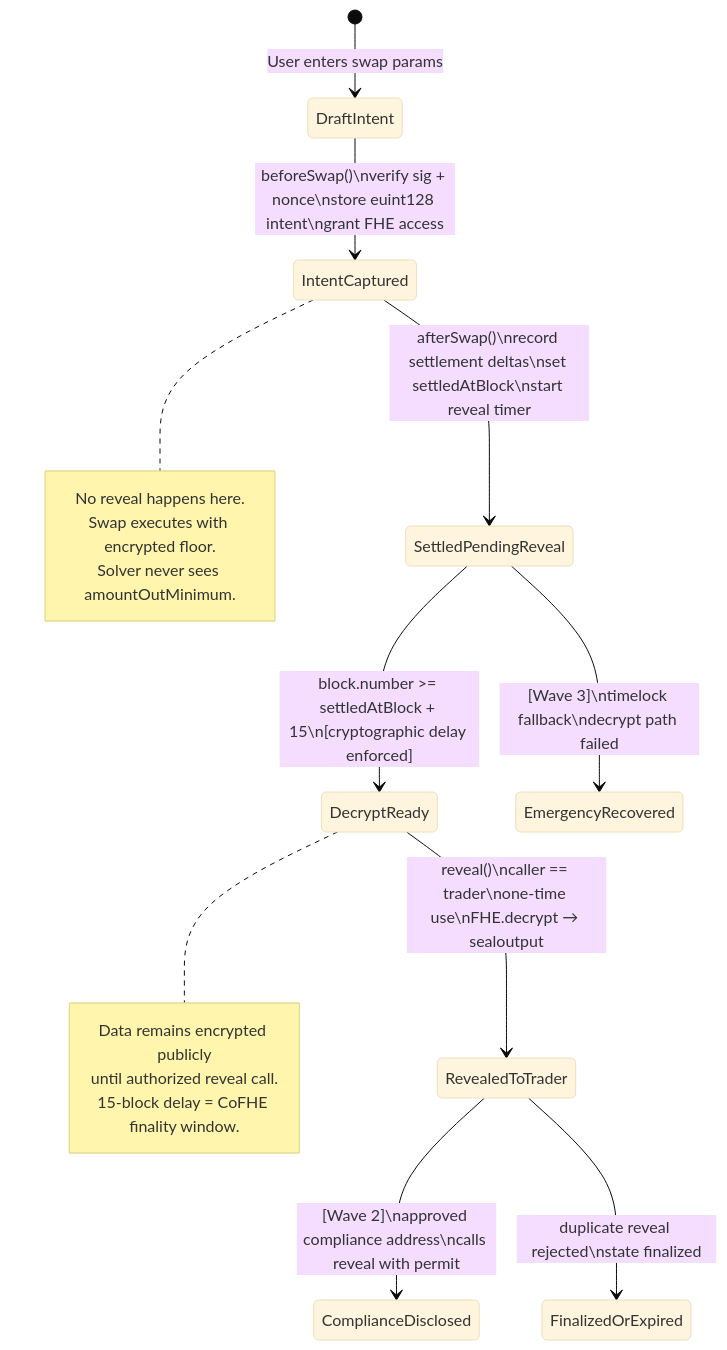
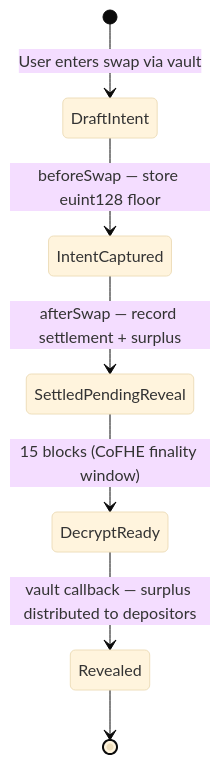
Before and after one commit to anxbt/GhostSwap: the fourth of 5 diagrams in README.md, drawn with Mermaid (base theme). The commit also changed other lines of this file and 28 other files, not shown here.

````diff
--- a/README.md
+++ b/README.md
@@ -148,30 +217,9 @@
 ```mermaid
 stateDiagram-v2
-    [*] --> DraftIntent : User enters swap params
-
-    DraftIntent --> IntentCaptured : beforeSwap()\nverify sig + nonce\nstore euint128 intent\ngrant FHE access
-
-    IntentCaptured --> SettledPendingReveal : afterSwap()\nrecord settlement deltas\nset settledAtBlock\nstart reveal timer
-
-    SettledPendingReveal --> DecryptReady : block.number >= settledAtBlock + 15\n[cryptographic delay enforced]
-
-    DecryptReady --> RevealedToTrader : reveal()\ncaller == trader\none-time use\nFHE.decrypt → sealoutput
-
-    RevealedToTrader --> ComplianceDisclosed : [Wave 2]\napproved compliance address\ncalls reveal with permit
-
-    RevealedToTrader --> FinalizedOrExpired : duplicate reveal rejected\nstate finalized
-
-    SettledPendingReveal --> EmergencyRecovered : [Wave 3]\ntimelock fallback\ndecrypt path failed
-
-    note right of IntentCaptured
-        No reveal happens here.
-        Swap executes with encrypted floor.
-        Solver never sees amountOutMinimum.
-    end note
-
-    note right of DecryptReady
-        Data remains encrypted publicly
-        until authorized reveal call.
-        15-block delay = CoFHE finality window.
-    end note
+    [*] --> DraftIntent: User enters swap via vault
+    DraftIntent --> IntentCaptured: beforeSwap — store euint128 floor
+    IntentCaptured --> SettledPendingReveal: afterSwap — record settlement + surplus
+    SettledPendingReveal --> DecryptReady: 15 blocks (CoFHE finality window)
+    DecryptReady --> Revealed: vault callback — surplus distributed to depositors
+    Revealed --> [*]
 ```
````
